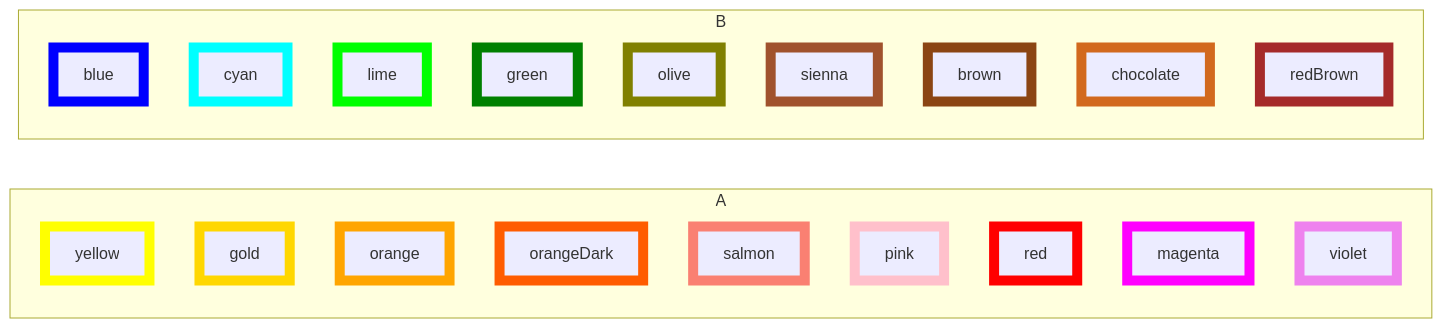
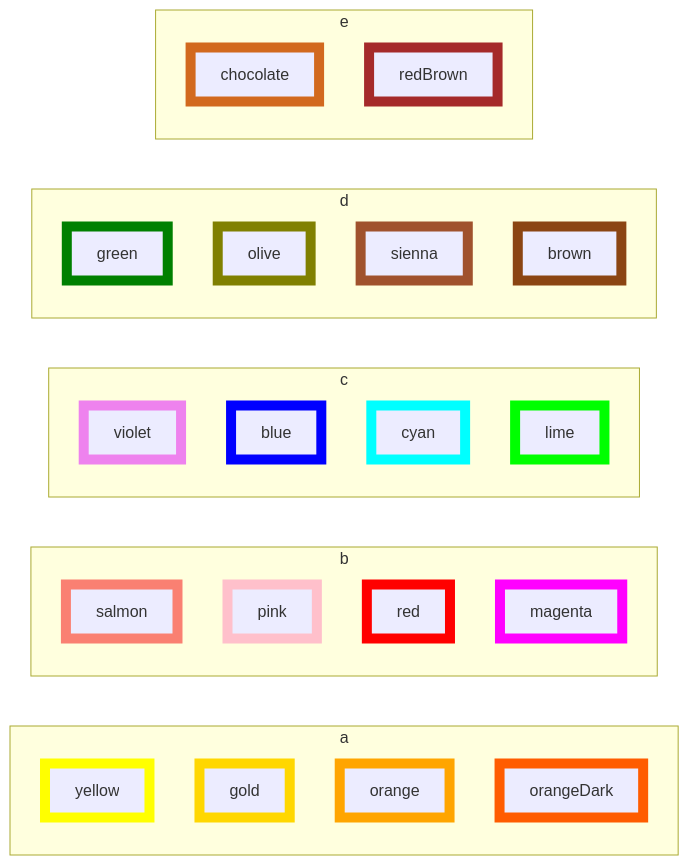
Before and after one commit to Ee-Cs/Ee-Cs.github.io: the second of 2 diagrams in files/fill-and-stroke-colors.md, drawn with Mermaid.

````diff
--- a/files/fill-and-stroke-colors.md
+++ b/files/fill-and-stroke-colors.md
@@ -28,46 +28,50 @@
 ```mermaid
 flowchart LR
-subgraph A
-%%    direction LR
+subgraph a
     yellow:::yellow
     gold:::gold
     orange:::orange
     orangeDark:::orangeDark
+end
+subgraph b
     salmon:::salmon
     pink:::pink
     red:::red
     magenta:::magenta
+end
+subgraph c
     violet:::violet
-end
-subgraph B
-%%    direction LR
     blue:::blue
     cyan:::cyan
     lime:::lime
+end
+subgraph d
     green:::green
     olive:::olive
     sienna:::sienna
     brown:::brown
+end
+subgraph e
     chocolate:::chocolate
     redBrown:::redBrown
 end
 %% Styles
     classDef brown stroke:saddlebrown,stroke-width:10px
     classDef blue stroke:blue,stroke-width:10px
     classDef chocolate stroke:chocolate,stroke-width:10px
     classDef cyan stroke:cyan,stroke-width:10px
     classDef gold stroke:gold,stroke-width:10px
     classDef green stroke:green,stroke-width:10px
     classDef lime stroke:lime,stroke-width:10px
     classDef magenta stroke:magenta,stroke-width:10px
     classDef olive stroke:olive,stroke-width:10px
     classDef orange stroke:orange,stroke-width:10px
     classDef orangeDark stroke:#FF5C00,stroke-width:10px
     classDef pink stroke:pink,stroke-width:10px
     classDef red stroke:red,stroke-width:10px
     classDef redBrown stroke:brown,stroke-width:10px
     classDef salmon stroke:salmon,stroke-width:10px
     classDef sienna stroke:sienna,stroke-width:10px
     classDef violet stroke:violet,stroke-width:10px
     classDef yellow stroke:yellow,stroke-width:10px
 ```
````
